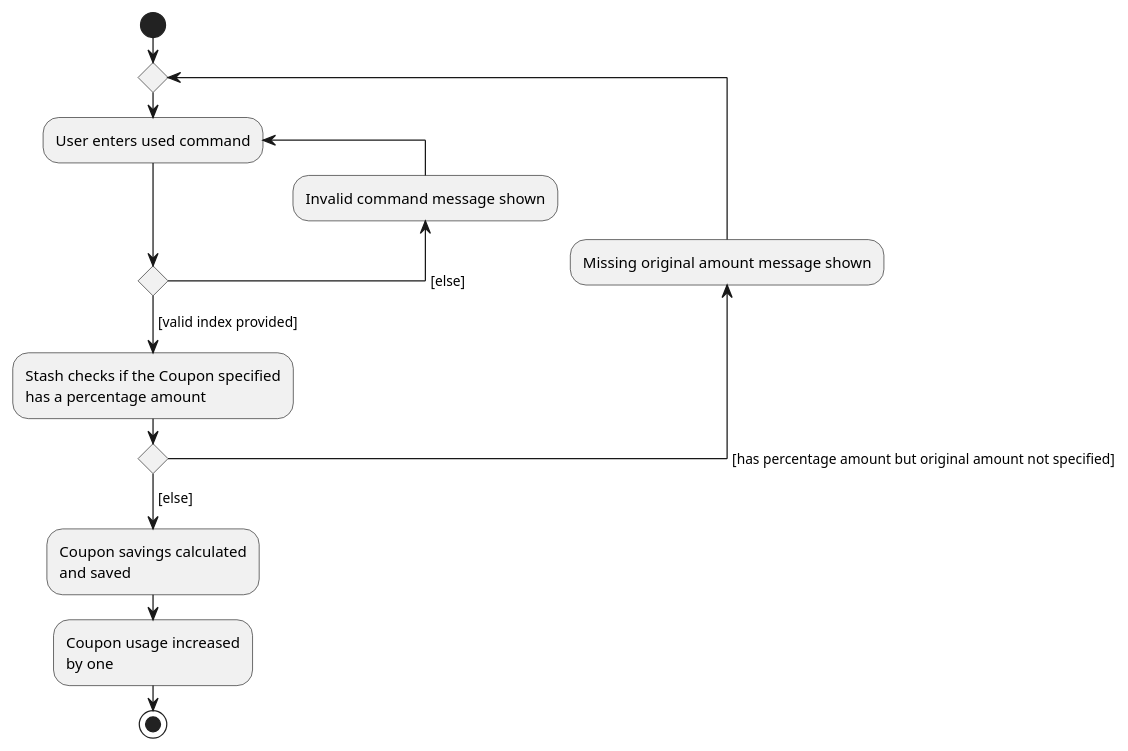
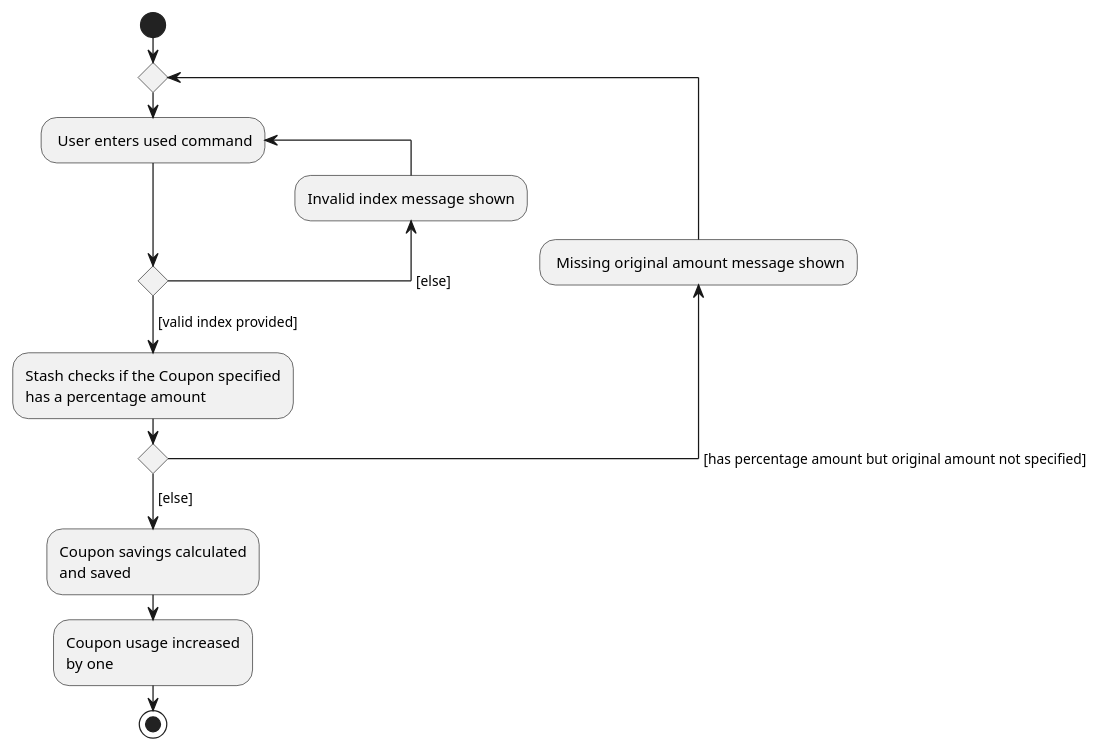
One commit to nus-cs2103-AY1920S2/addressbook-level3 changed the diagram in docs/diagrams/UsedCommandActivityDiagram.puml. Above: the diagram before and after it, drawn with PlantUML. The commit also changed 12 other files, not shown here.

Commit message:
Update Sequence Diagrams for UsedCommand

```diff
--- a/docs/diagrams/UsedCommandActivityDiagram.puml
+++ b/docs/diagrams/UsedCommandActivityDiagram.puml
@@ -1,23 +1,21 @@
 @startuml
 
 start
 repeat
-    repeat :User enters used command;
-
-    backward :Invalid command message shown;
-    repeat while () ->[else]
-    ->[valid index provided];
+    repeat: User enters used command;
+        backward :Invalid index message shown;
+        repeat while () ->[else]
+        ->[valid index provided];
     :Stash checks if the Coupon specified
     has a percentage amount;
-backward :Missing original amount \
-message shown;
+backward: Missing original amount message shown;
 repeat while () ->[has percentage amount \
 but original amount not specified]
 ->[else];
 :Coupon savings calculated
 and saved;
 :Coupon usage increased
 by one;
 stop
 
 @enduml
```
